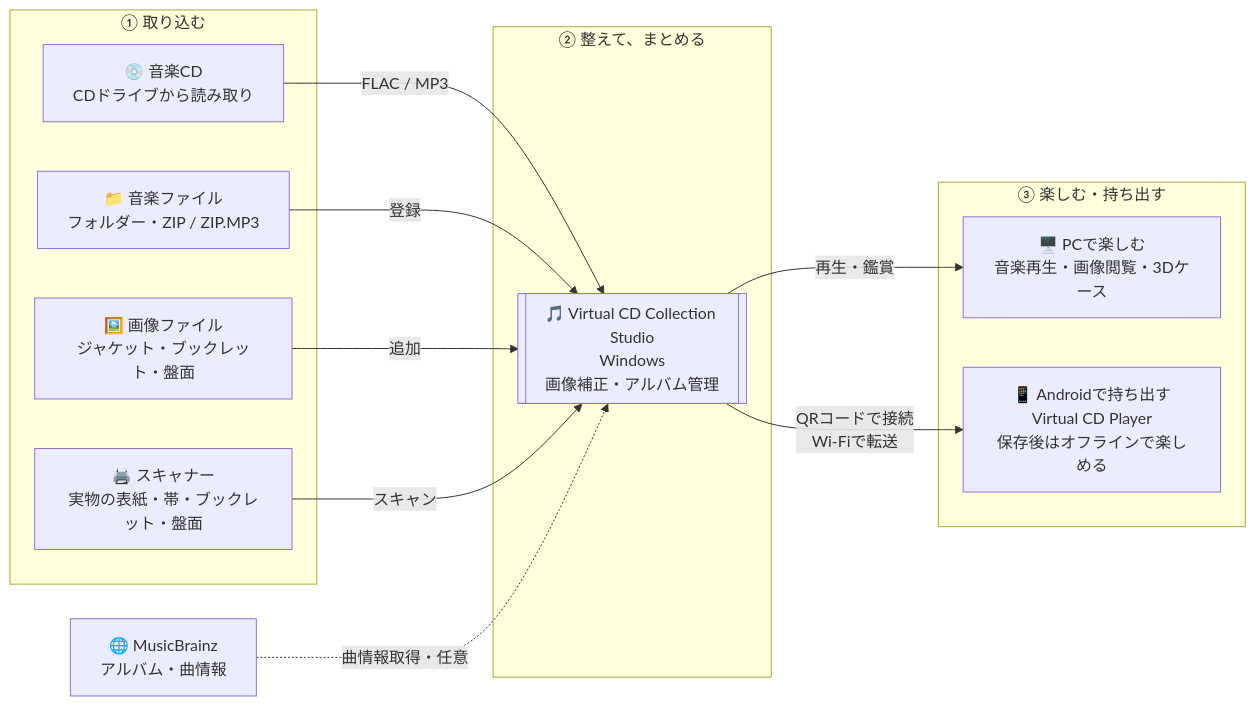
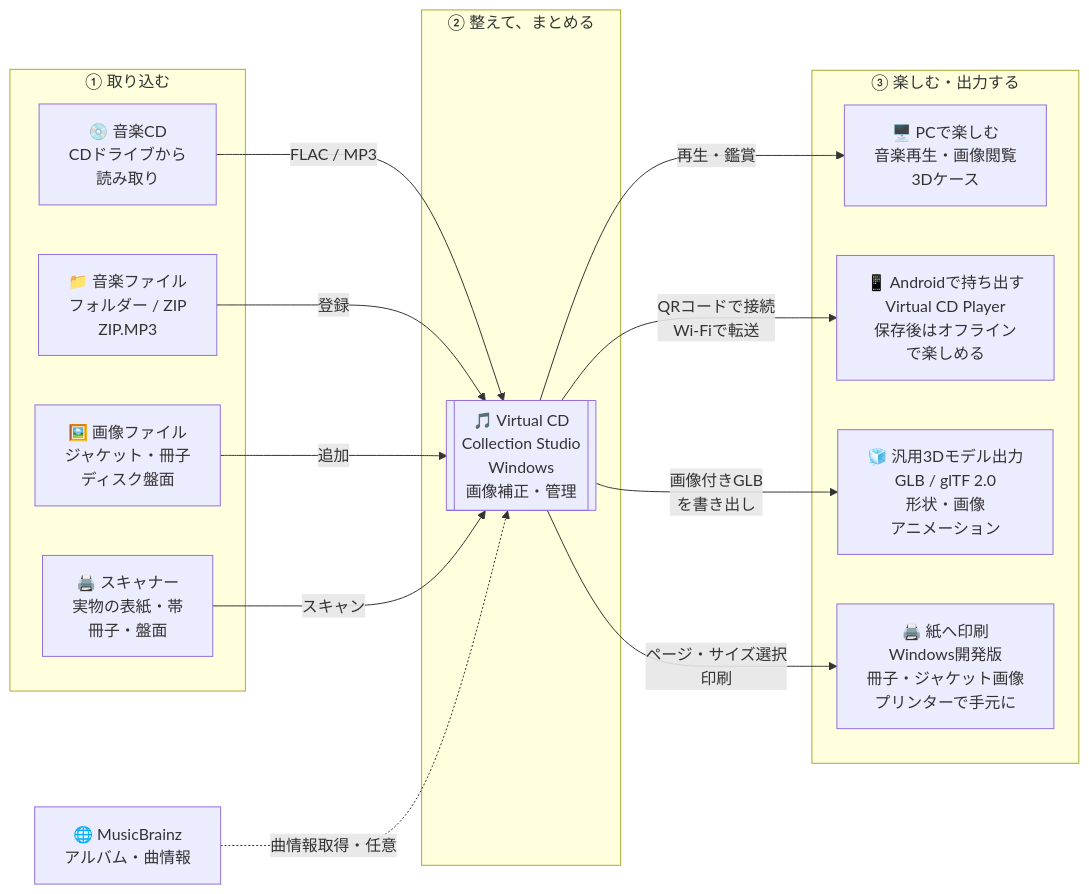
The diagram in docs/INTEGRATION_OVERVIEW.md (kksszz/virtual-cd-collection-studio), drawn with Mermaid before and after one commit. The commit also changed other lines of this file and 23 other files, not shown here.

````diff
--- a/docs/INTEGRATION_OVERVIEW.md
+++ b/docs/INTEGRATION_OVERVIEW.md
@@ -16,27 +16,31 @@
 ```mermaid
 flowchart LR
     subgraph INPUT["① 取り込む"]
-        CD["💿 音楽CD<br/>CDドライブから読み取り"]
-        MUSIC["📁 音楽ファイル<br/>フォルダー・ZIP / ZIP.MP3"]
-        IMAGE["🖼️ 画像ファイル<br/>ジャケット・ブックレット・盤面"]
-        SCANNER["🖨️ スキャナー<br/>実物の表紙・帯・ブックレット・盤面"]
+        CD["💿 音楽CD<br/>CDドライブから<br/>読み取り"]
+        MUSIC["📁 音楽ファイル<br/>フォルダー / ZIP<br/>ZIP.MP3"]
+        IMAGE["🖼️ 画像ファイル<br/>ジャケット・冊子<br/>ディスク盤面"]
+        SCANNER["🖨️ スキャナー<br/>実物の表紙・帯<br/>冊子・盤面"]
     end
 
     subgraph LIBRARY["② 整えて、まとめる"]
-        APP[["🎵 Virtual CD Collection Studio<br/>Windows<br/>画像補正・アルバム管理"]]
+        APP[["🎵 Virtual CD<br/>Collection Studio<br/>Windows<br/>画像補正・管理"]]
     end
 
-    subgraph ENJOY["③ 楽しむ・持ち出す"]
-        PC["🖥️ PCで楽しむ<br/>音楽再生・画像閲覧・3Dケース"]
-        PHONE["📱 Androidで持ち出す<br/>Virtual CD Player<br/>保存後はオフラインで楽しめる"]
+    subgraph ENJOY["③ 楽しむ・出力する"]
+        PC["🖥️ PCで楽しむ<br/>音楽再生・画像閲覧<br/>3Dケース"]
+        PHONE["📱 Androidで持ち出す<br/>Virtual CD Player<br/>保存後はオフライン<br/>で楽しめる"]
+        MODEL["🧊 汎用3Dモデル出力<br/>GLB / glTF 2.0<br/>形状・画像<br/>アニメーション"]
+        PRINT["🖨️ 紙へ印刷<br/>Windows開発版<br/>冊子・ジャケット画像<br/>プリンターで手元に"]
     end
 
     META["🌐 MusicBrainz<br/>アルバム・曲情報"]
     CD -->|"FLAC / MP3"| APP
     MUSIC -->|"登録"| APP
     IMAGE -->|"追加"| APP
     SCANNER -->|"スキャン"| APP
     META -.->|"曲情報取得・任意"| APP
     APP -->|"再生・鑑賞"| PC
     APP -->|"QRコードで接続<br/>Wi-Fiで転送"| PHONE
+    APP -->|"画像付きGLB<br/>を書き出し"| MODEL
+    APP -->|"ページ・サイズ選択<br/>印刷"| PRINT
 ```
````
